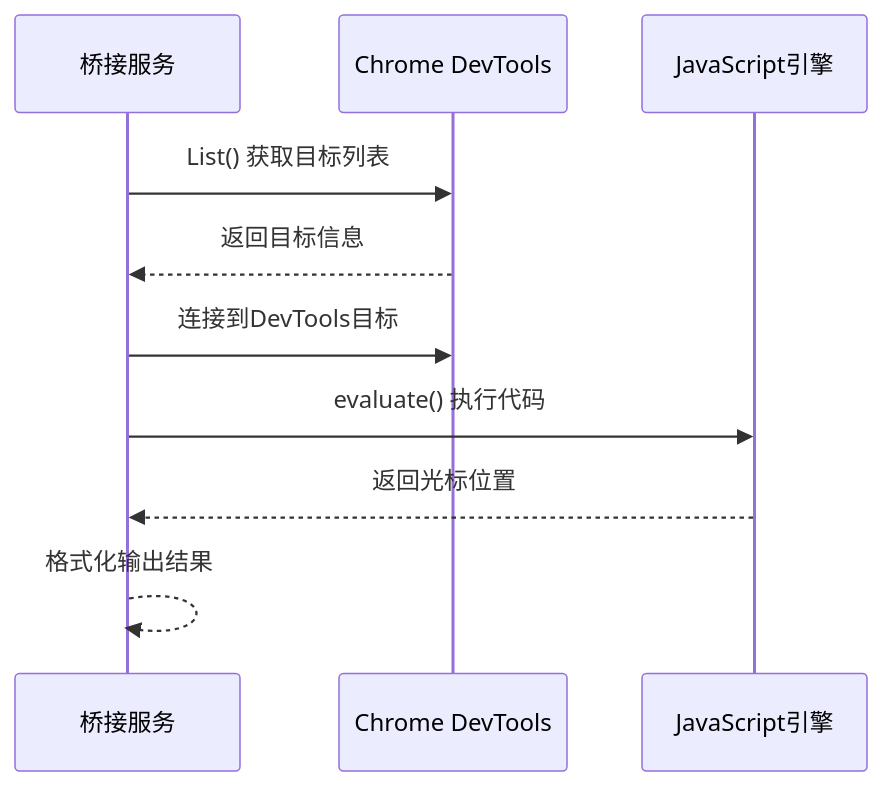
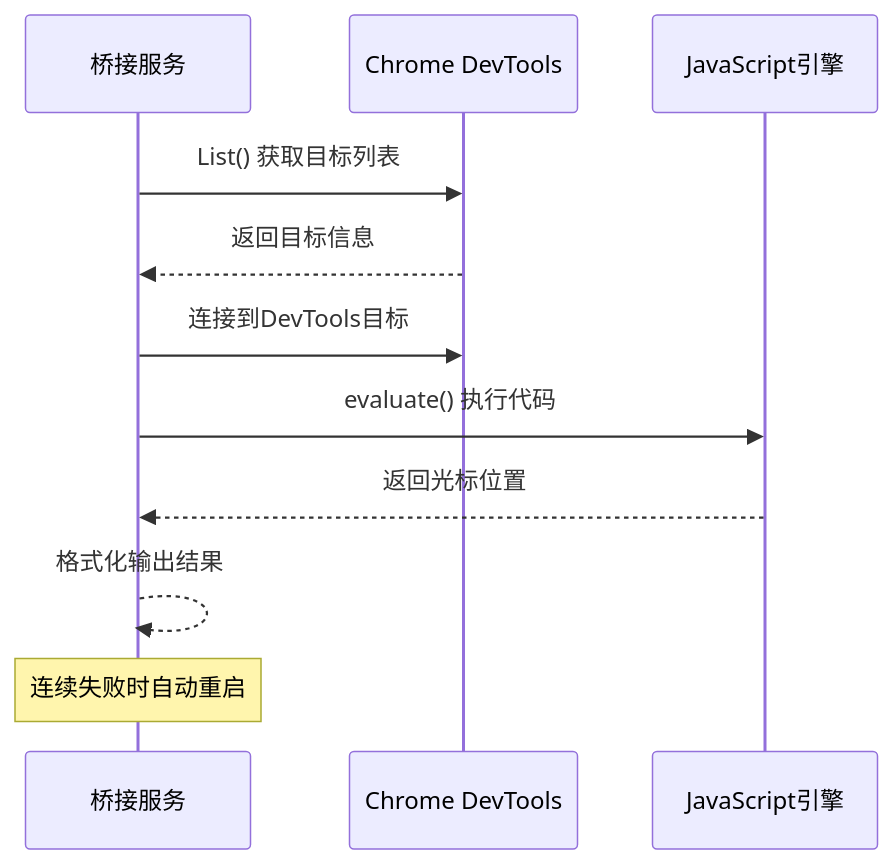
Before and after one commit to wangys-123doit/hotkey: the sixth of 11 diagrams in .qoder/repowiki/zh/content/外部工具集成/DevTools VS Code 开发者工具集成系统.md, drawn with Mermaid. The commit also changed other lines of this file and 5 other files, not shown here.

````diff
--- a/.qoder/repowiki/zh/content/外部工具集成/DevTools VS Code 开发者工具集成系统.md
+++ b/.qoder/repowiki/zh/content/外部工具集成/DevTools VS Code 开发者工具集成系统.md
@@ -259,12 +269,13 @@
 ```mermaid
 sequenceDiagram
 participant Bridge as 桥接服务
 participant CDP as Chrome DevTools
 participant Runtime as JavaScript引擎
 Bridge->>CDP : List() 获取目标列表
 CDP-->>Bridge : 返回目标信息
 Bridge->>CDP : 连接到DevTools目标
 Bridge->>Runtime : evaluate() 执行代码
 Runtime-->>Bridge : 返回光标位置
 Bridge-->>Bridge : 格式化输出结果
+Note over Bridge : 连续失败时自动重启
 ```
````
